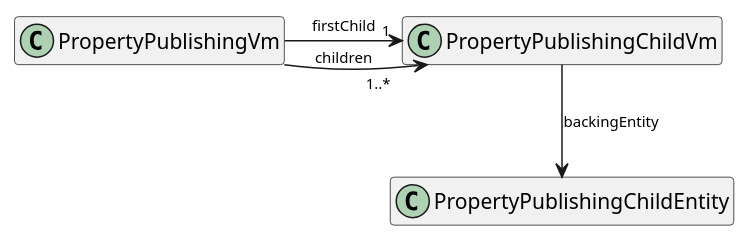
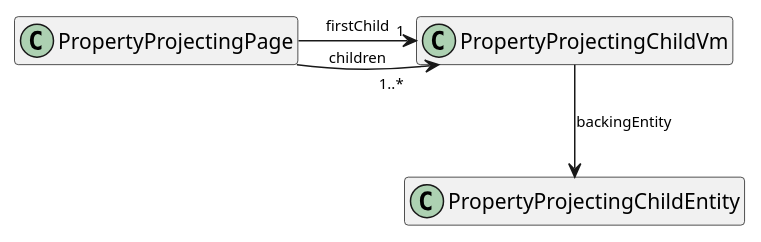
One commit to apache/causeway changed the diagram in examples/demo/domain/src/main/java/demoapp/dom/domain/properties/Property/projecting/diag.adoc. Above: the diagram before and after it, drawn with PlantUML. The commit also changed 12 other files, not shown here.

```diff
--- a/examples/demo/domain/src/main/java/demoapp/dom/domain/properties/Property/projecting/diag.adoc
+++ b/examples/demo/domain/src/main/java/demoapp/dom/domain/properties/Property/projecting/diag.adoc
@@ -3,32 +3,32 @@
 [plantuml,uml-class-diag,png]
 ----
 @startuml(id=Commons)
 
 hide empty members
 skinparam {
   shadowing false
   arrowFontSize 10
   defaultTextAlignment center
   wrapWidth 200
   maxMessageSize 100
 }
 hide stereotype
 skinparam rectangle<<2>> {
   BackgroundColor #438dd5
   FontColor #fffffe
   BorderColor #2E6295
 }
 
-class PropertyPublishingVm {
+class PropertyProjectingPage {
 }
-class PropertyPublishingChildVm {
+class PropertyProjectingChildVm {
 }
-class PropertyPublishingChildEntity {
+class PropertyProjectingChildEntity {
 }
 
-PropertyPublishingVm -r-> "1" PropertyPublishingChildVm : firstChild
-PropertyPublishingVm -r-> "1..*" PropertyPublishingChildVm : children
-PropertyPublishingChildVm -d-> PropertyPublishingChildEntity : backingEntity
+PropertyProjectingPage -r-> "1" PropertyProjectingChildVm : firstChild
+PropertyProjectingPage -r-> "1..*" PropertyProjectingChildVm : children
+PropertyProjectingChildVm -d-> PropertyProjectingChildEntity : backingEntity
 
 @enduml
 ----
```
